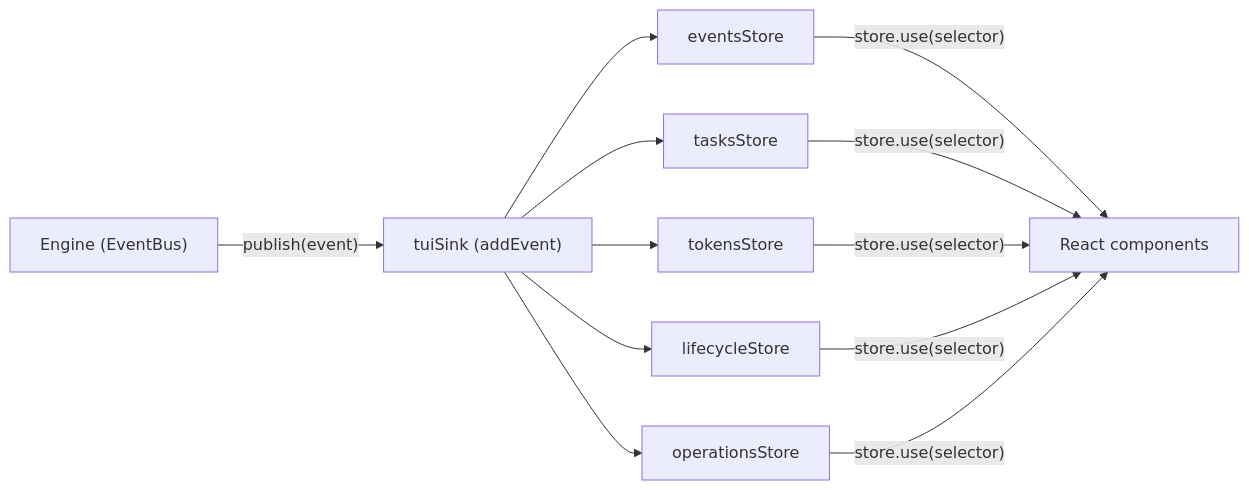
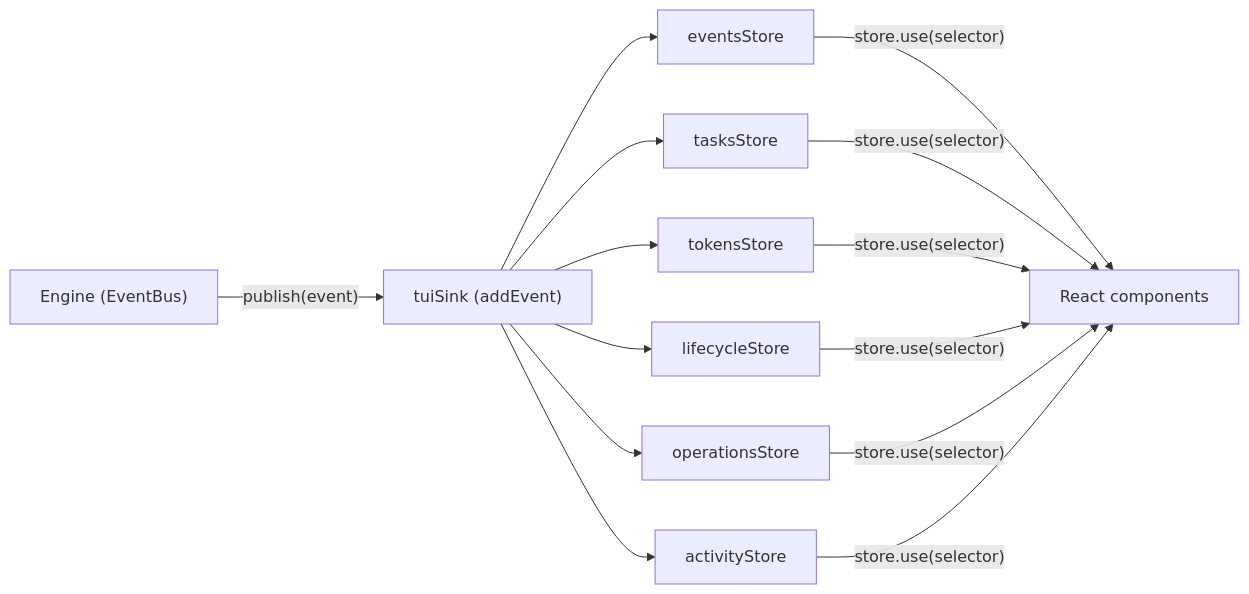
Before and after one commit to b4r7x/splitbrief: the diagram in docs/STORES-AND-UI.md, drawn with Mermaid. The commit also changed other lines of this file and 282 other files, not shown here.

````diff
--- a/docs/STORES-AND-UI.md
+++ b/docs/STORES-AND-UI.md
@@ -27,23 +27,26 @@
 ```mermaid
 flowchart LR
   Engine["Engine (EventBus)"]
   Sink["tuiSink (addEvent)"]
   Events["eventsStore"]
   Tasks["tasksStore"]
   Tokens["tokensStore"]
   Lifecycle["lifecycleStore"]
   Operations["operationsStore"]
+  Activity["activityStore"]
   React["React components"]
 
   Engine -->|"publish(event)"| Sink
   Sink --> Events
   Sink --> Tasks
   Sink --> Tokens
   Sink --> Lifecycle
   Sink --> Operations
+  Sink --> Activity
   Events -->|"store.use(selector)"| React
   Tasks -->|"store.use(selector)"| React
   Tokens -->|"store.use(selector)"| React
   Lifecycle -->|"store.use(selector)"| React
   Operations -->|"store.use(selector)"| React
+  Activity -->|"store.use(selector)"| React
 ```
````
